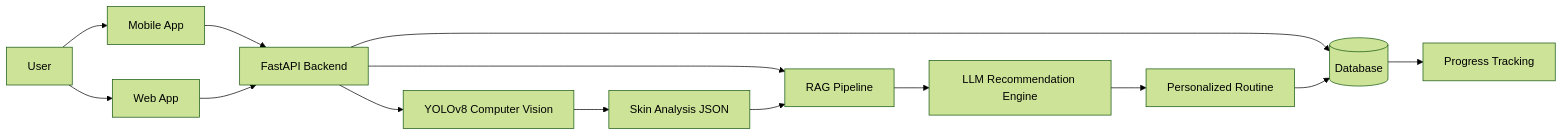
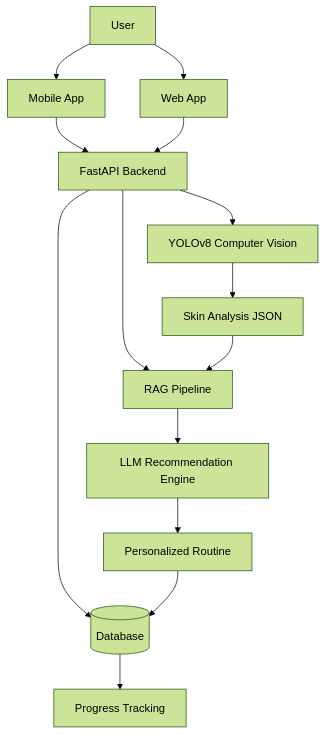
The diagram in README.md (theotanjutco/glowli), drawn with Mermaid (forest theme) before and after one commit. The commit also changed other lines of this file, not shown here.

Commit message:
docs: Updated README file

````diff
--- a/README.md
+++ b/README.md
@@ -20,21 +20,21 @@
 ```mermaid
-flowchart LR
+flowchart TB
     U[User] --> M[Mobile App]
     U --> W[Web App]
 
     M --> API[FastAPI Backend]
     W --> API
 
     API --> CV[YOLOv8 Computer Vision]
     API --> RAG[RAG Pipeline]
     API --> DB[(Database)]
 
     CV --> JSON[Skin Analysis JSON]
     JSON --> RAG
 
     RAG --> LLM[LLM Recommendation Engine]
     LLM --> ROUTINE[Personalized Routine]
 
     ROUTINE --> DB
     DB --> TRACK[Progress Tracking]
 ```
````
